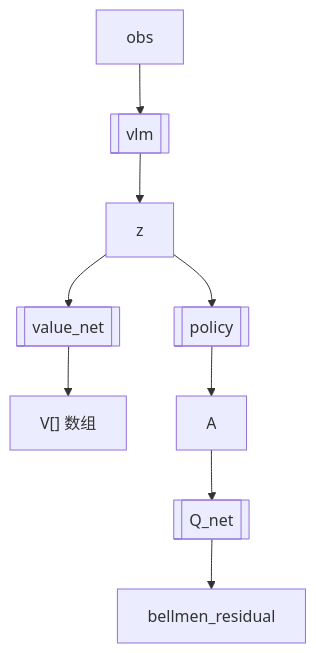
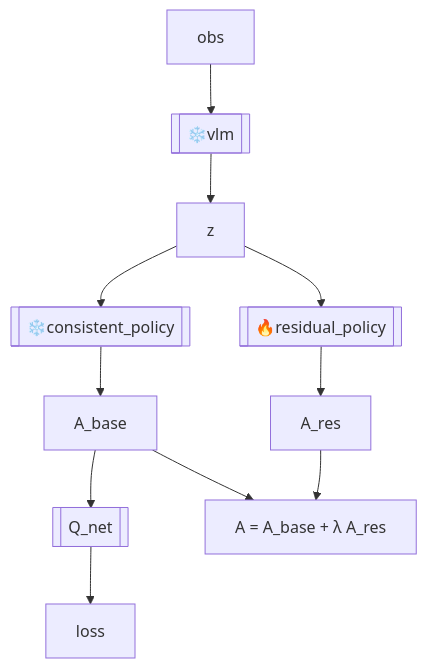
The third of 3 diagrams in papers/papers-batch-2.md (julyfun/how-to), drawn with Mermaid before and after one commit. The commit also changed other lines of this file, not shown here.

````diff
--- a/papers/papers-batch-2.md
+++ b/papers/papers-batch-2.md
@@ -164,7 +173,7 @@
 ```mermaid
 flowchart TD
-    obs --> vlm[[vlm]]
-    vlm --> z
-    z --> value_net[[value_net]] --> V["V[] 数组"]
-    z --> policy[[policy]] --> A --> Q[[Q_net]] --> q_loss["bellmen_residual"]
+    obs --> vlm[[❄️vlm]] --> z
+    z --> policy[[❄️consistent_policy]] --> A_base --> Q[[Q_net]] --> loss
+    z --> residual[[🔥residual_policy]] --> A_res --> A["A = A_base + λ A_res"]
+    A_base --> A
 ```
````
